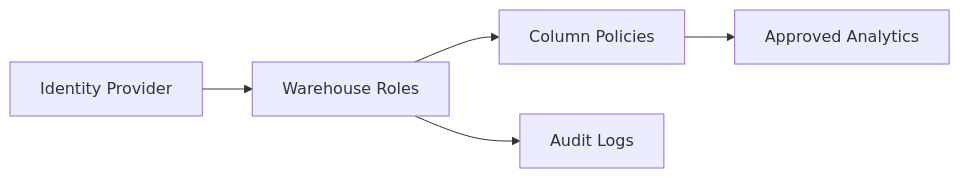
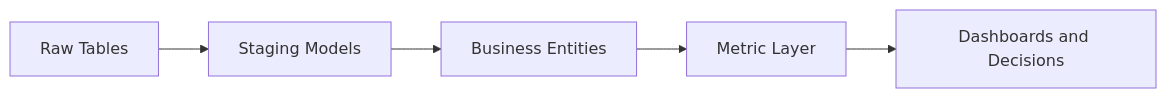
The diagram in projects/daily-linkedin-post-workflow/generated/latest-linkedin-post.md (Kasala95/data-engineering-portfolio), drawn with Mermaid before and after one commit. The commit also changed other lines of this file and 3 other files, not shown here.

````diff
--- a/projects/daily-linkedin-post-workflow/generated/latest-linkedin-post.md
+++ b/projects/daily-linkedin-post-workflow/generated/latest-linkedin-post.md
@@ -25,7 +25,7 @@
 ```mermaid
 flowchart LR
-  A[Identity Provider] --> B[Warehouse Roles]
-  B --> C[Column Policies]
-  C --> D[Approved Analytics]
-  B --> E[Audit Logs]
+  A[Raw Tables] --> B[Staging Models]
+  B --> C[Business Entities]
+  C --> D[Metric Layer]
+  D --> E[Dashboards and Decisions]
 ```
````
